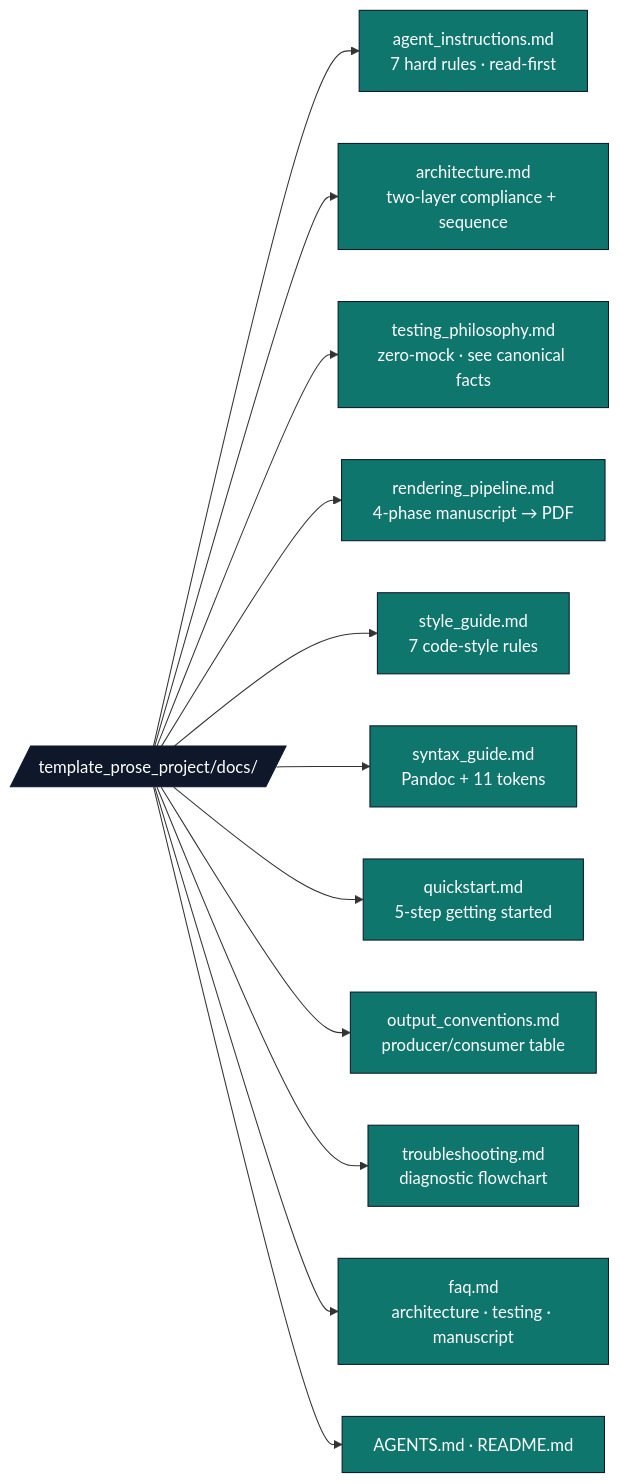
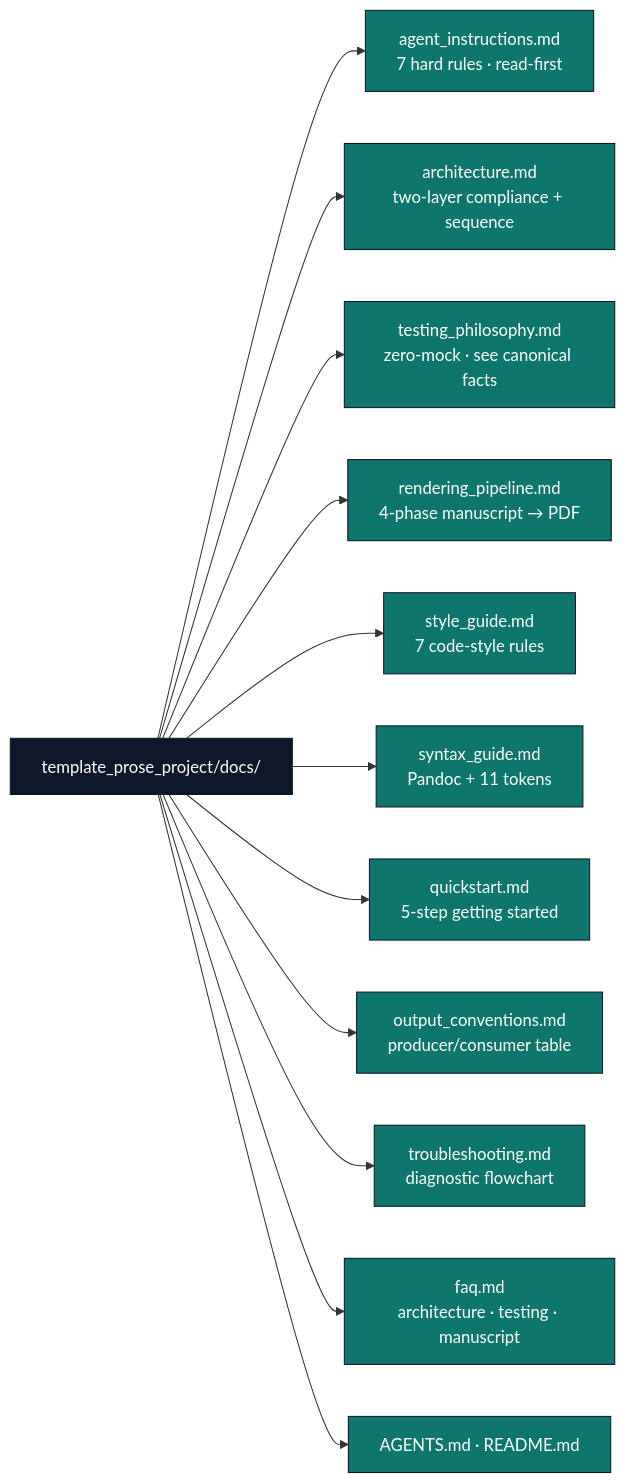
One commit to docxology/template changed the diagram in projects/templates/template_prose_project/docs/README.md. Above: the diagram before and after it, drawn with Mermaid. The commit also changed 94 other files, not shown here.

````diff
--- a/projects/templates/template_prose_project/docs/README.md
+++ b/projects/templates/template_prose_project/docs/README.md
@@ -5,20 +5,20 @@
 ```mermaid
 flowchart LR
-    HUB[/template_prose_project/docs//]
+    HUB[template_prose_project/docs/]
     HUB --> AI[agent_instructions.md<br/>7 hard rules · read-first]
     HUB --> ARCH[architecture.md<br/>two-layer compliance + sequence]
     HUB --> TP[testing_philosophy.md<br/>zero-mock · see canonical facts]
     HUB --> RP[rendering_pipeline.md<br/>4-phase manuscript → PDF]
     HUB --> SG[style_guide.md<br/>7 code-style rules]
     HUB --> SX[syntax_guide.md<br/>Pandoc + 11 tokens]
     HUB --> QS[quickstart.md<br/>5-step getting started]
     HUB --> OC[output_conventions.md<br/>producer/consumer table]
     HUB --> TS[troubleshooting.md<br/>diagnostic flowchart]
     HUB --> FAQ[faq.md<br/>architecture · testing · manuscript]
     HUB --> META[AGENTS.md · README.md]
 
     classDef d fill:#0f172a,stroke:#0f172a,color:#fff
     classDef f fill:#0f766e,stroke:#0f172a,color:#fff
     class HUB d
     class AI,ARCH,TP,RP,SG,SX,QS,OC,TS,FAQ,META f
 ```
````
